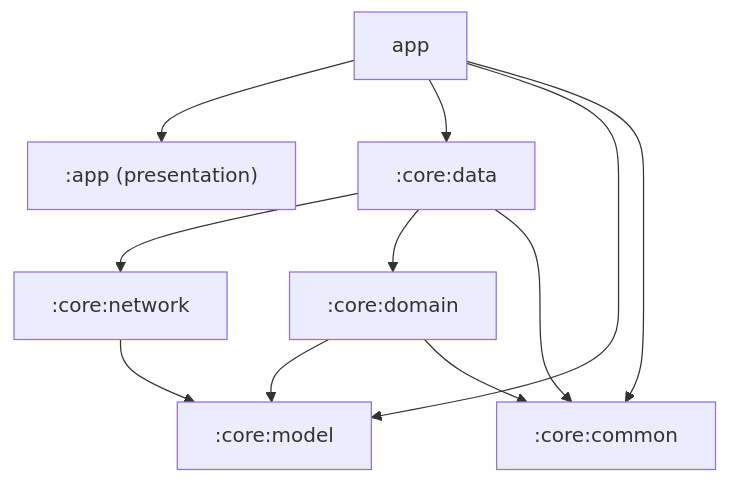
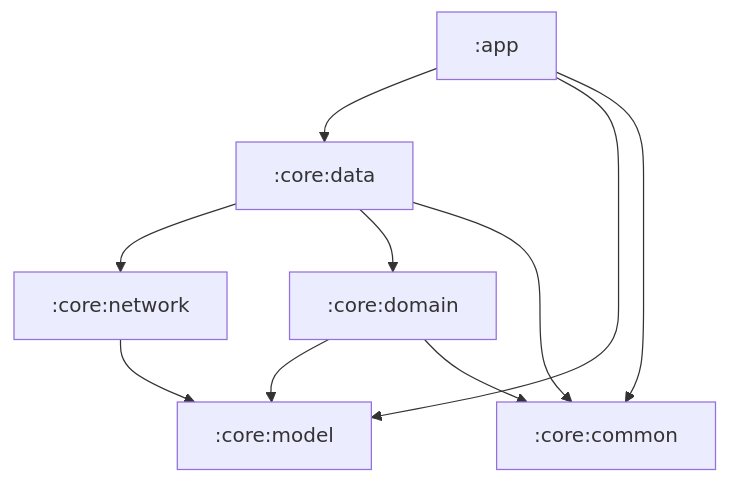
One commit to jodareksha/CineTrack changed the diagram in README.md. Above: the diagram before and after it, drawn with Mermaid. The commit also changed other lines of this file and 4 other files, not shown here.

Commit message:
Rapikan README: fix badge, rename screenshots, fix Mermaid diagram

````diff
--- a/README.md
+++ b/README.md
@@ -33,13 +31,12 @@
 ```mermaid
 graph TD
-    app --> feature_trending[":app (presentation)"]
-    app --> core_data[":core:data"]
+    app[":app"] --> core_data[":core:data"]
     core_data --> core_network[":core:network"]
     core_data --> core_domain[":core:domain"]
     core_data --> core_common[":core:common"]
     core_domain --> core_model[":core:model"]
     core_domain --> core_common
     core_network --> core_model
     app --> core_model
     app --> core_common
 ```
````
